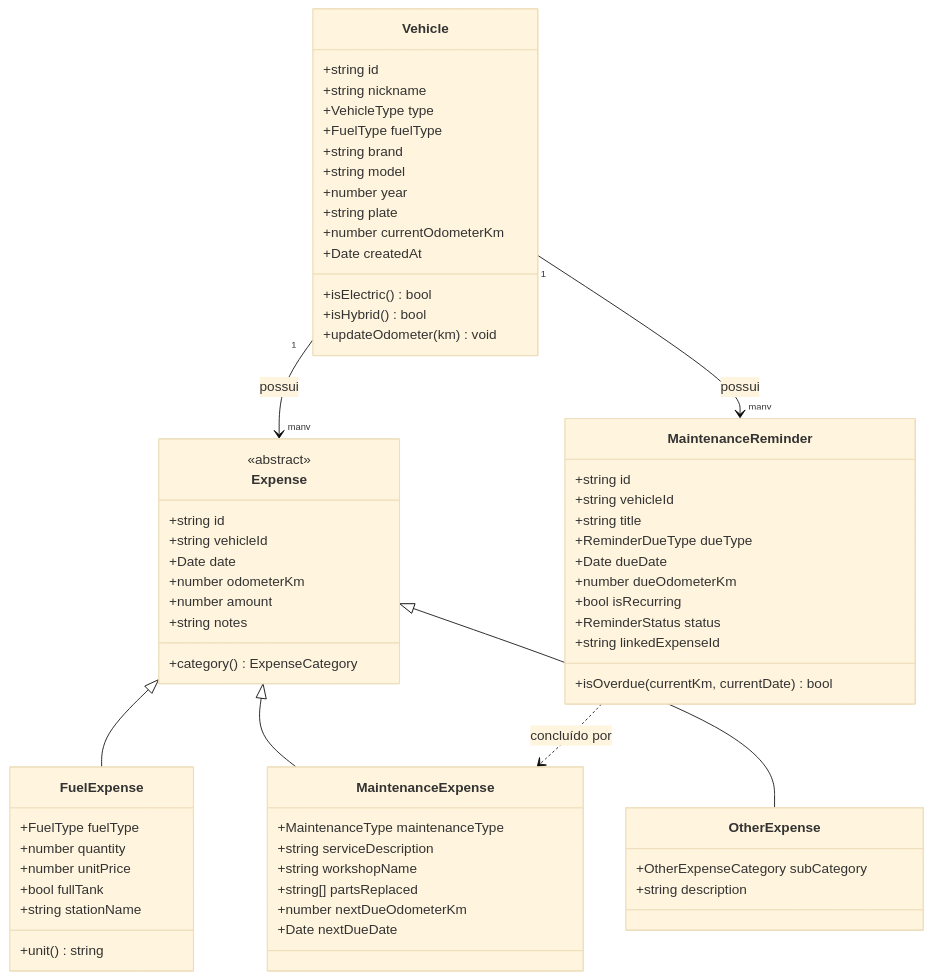
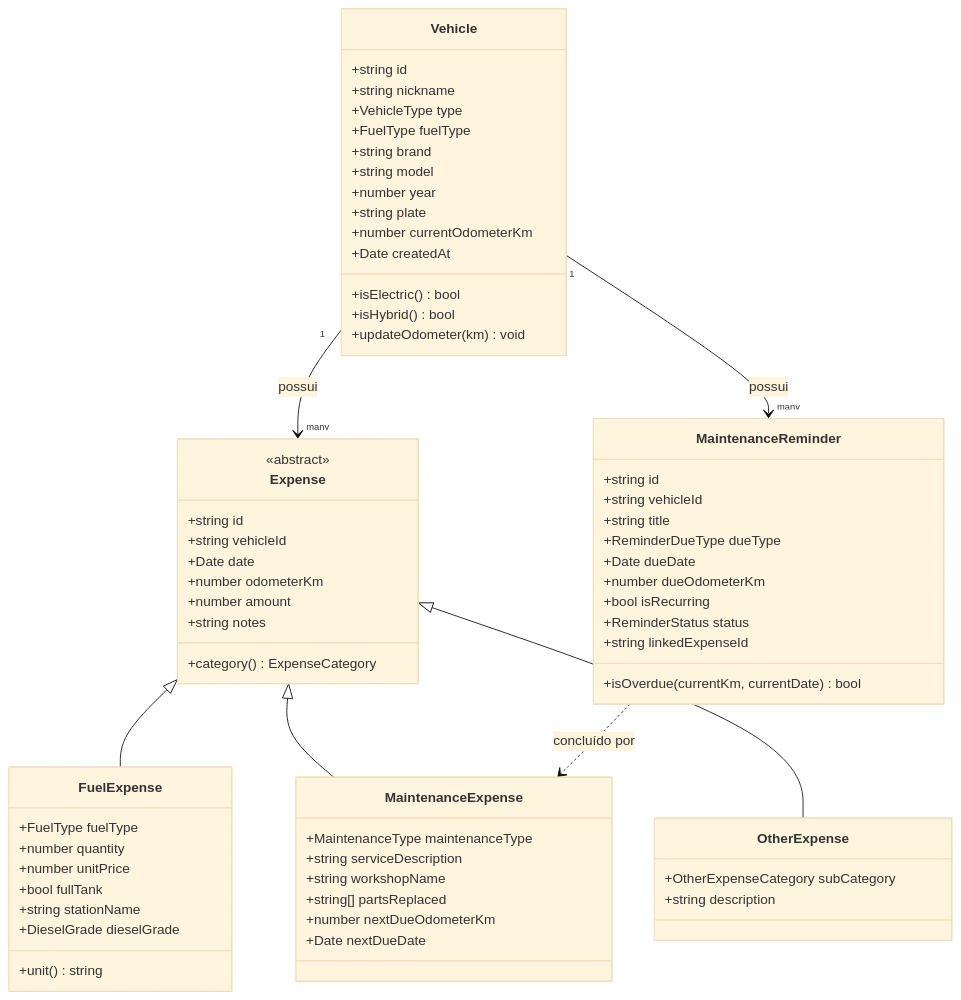
The diagram in docs/DOMAIN_MODEL.md (NicolasDamasceno/Auto-Mobile), drawn with Mermaid (base theme) before and after one commit. The commit also changed other lines of this file and 2 other files, not shown here.

First line of the commit message:
Adiciona Arla 32 e grade do diesel (S-10/S-500) ao modelo de dominio

````diff
--- a/docs/DOMAIN_MODEL.md
+++ b/docs/DOMAIN_MODEL.md
@@ -5,72 +5,73 @@
 ```mermaid
 classDiagram
     class Vehicle {
         +string id
         +string nickname
         +VehicleType type
         +FuelType fuelType
         +string brand
         +string model
         +number year
         +string plate
         +number currentOdometerKm
         +Date createdAt
         +isElectric() bool
         +isHybrid() bool
         +updateOdometer(km) void
     }
 
     class Expense {
         <<abstract>>
         +string id
         +string vehicleId
         +Date date
         +number odometerKm
         +number amount
         +string notes
         +category() ExpenseCategory
     }
 
     class FuelExpense {
         +FuelType fuelType
         +number quantity
         +number unitPrice
         +bool fullTank
         +string stationName
+        +DieselGrade dieselGrade
         +unit() string
     }
 
     class MaintenanceExpense {
         +MaintenanceType maintenanceType
         +string serviceDescription
         +string workshopName
         +string[] partsReplaced
         +number nextDueOdometerKm
         +Date nextDueDate
     }
 
     class OtherExpense {
         +OtherExpenseCategory subCategory
         +string description
     }
 
     class MaintenanceReminder {
         +string id
         +string vehicleId
         +string title
         +ReminderDueType dueType
         +Date dueDate
         +number dueOdometerKm
         +bool isRecurring
         +ReminderStatus status
         +string linkedExpenseId
         +isOverdue(currentKm, currentDate) bool
     }
 
     Vehicle "1" --> "many" Expense : possui
     Vehicle "1" --> "many" MaintenanceReminder : possui
     Expense <|-- FuelExpense
     Expense <|-- MaintenanceExpense
     Expense <|-- OtherExpense
     MaintenanceReminder ..> MaintenanceExpense : concluído por
 ```
````
